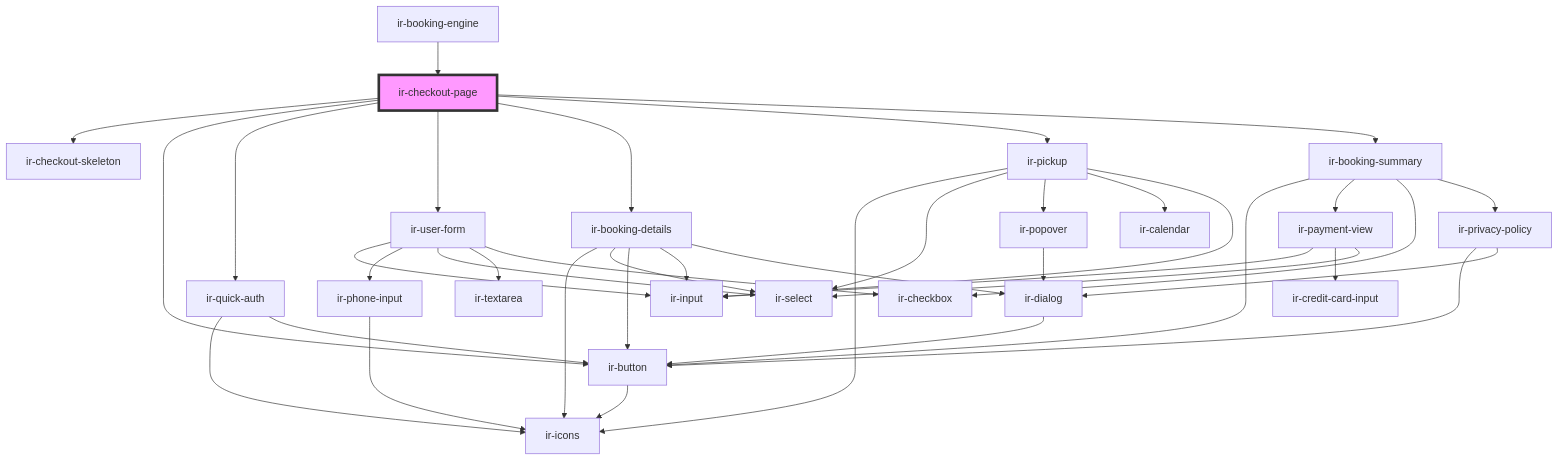
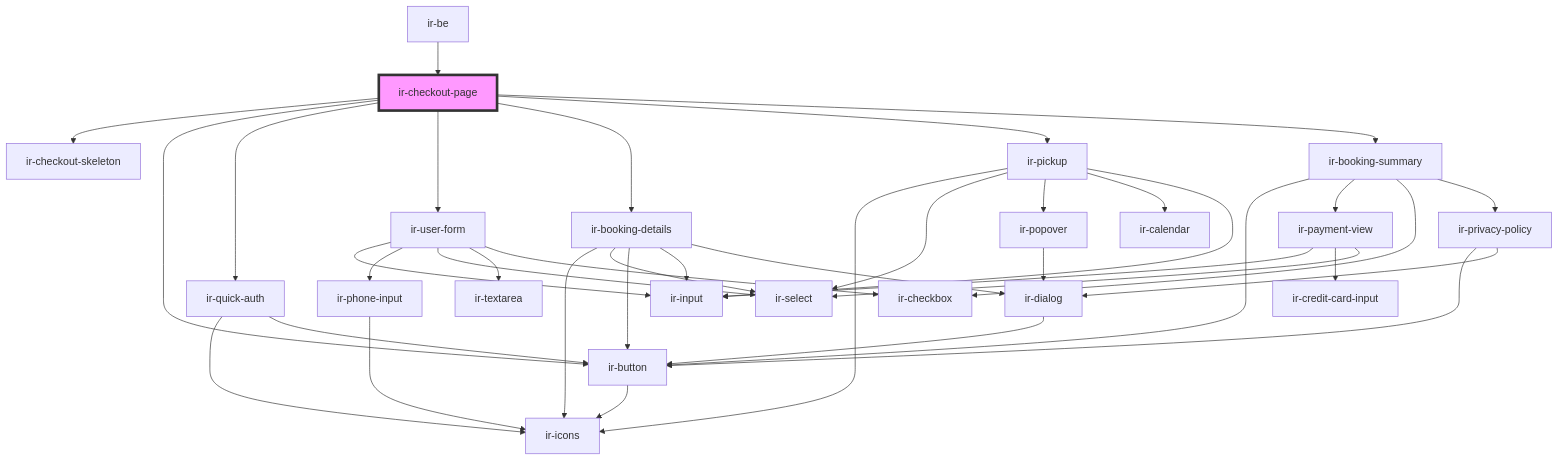
One commit to RonyRizk/ir-be changed the diagram in src/components/ir-booking-engine/ir-checkout-page/readme.md. Above: the diagram before and after it, drawn with Mermaid. The commit also changed other lines of this file and 144 other files, not shown here.

````diff
--- a/src/components/ir-booking-engine/ir-checkout-page/readme.md
+++ b/src/components/ir-booking-engine/ir-checkout-page/readme.md
@@ -32,42 +32,42 @@
 ```mermaid
 graph TD;
   ir-checkout-page --> ir-checkout-skeleton
   ir-checkout-page --> ir-button
   ir-checkout-page --> ir-quick-auth
   ir-checkout-page --> ir-user-form
   ir-checkout-page --> ir-booking-details
   ir-checkout-page --> ir-pickup
   ir-checkout-page --> ir-booking-summary
   ir-button --> ir-icons
   ir-quick-auth --> ir-icons
   ir-quick-auth --> ir-button
   ir-user-form --> ir-input
   ir-user-form --> ir-phone-input
   ir-user-form --> ir-select
   ir-user-form --> ir-textarea
   ir-user-form --> ir-checkbox
   ir-phone-input --> ir-icons
   ir-booking-details --> ir-icons
   ir-booking-details --> ir-select
   ir-booking-details --> ir-button
   ir-booking-details --> ir-input
   ir-booking-details --> ir-dialog
   ir-dialog --> ir-button
   ir-pickup --> ir-icons
   ir-pickup --> ir-select
   ir-pickup --> ir-popover
   ir-pickup --> ir-calendar
   ir-pickup --> ir-input
   ir-popover --> ir-dialog
   ir-booking-summary --> ir-button
   ir-booking-summary --> ir-payment-view
   ir-booking-summary --> ir-checkbox
   ir-booking-summary --> ir-privacy-policy
   ir-payment-view --> ir-input
   ir-payment-view --> ir-credit-card-input
   ir-payment-view --> ir-select
   ir-privacy-policy --> ir-button
   ir-privacy-policy --> ir-dialog
-  ir-booking-engine --> ir-checkout-page
+  ir-be --> ir-checkout-page
   style ir-checkout-page fill:#f9f,stroke:#333,stroke-width:4px
 ```
````
